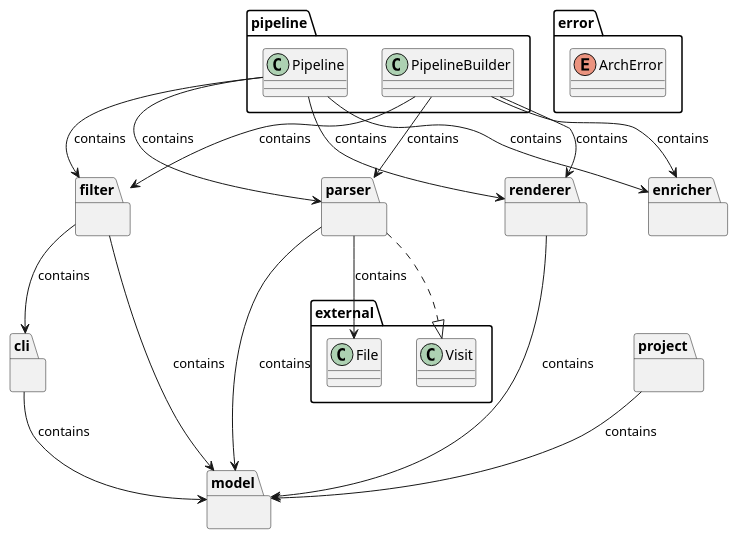
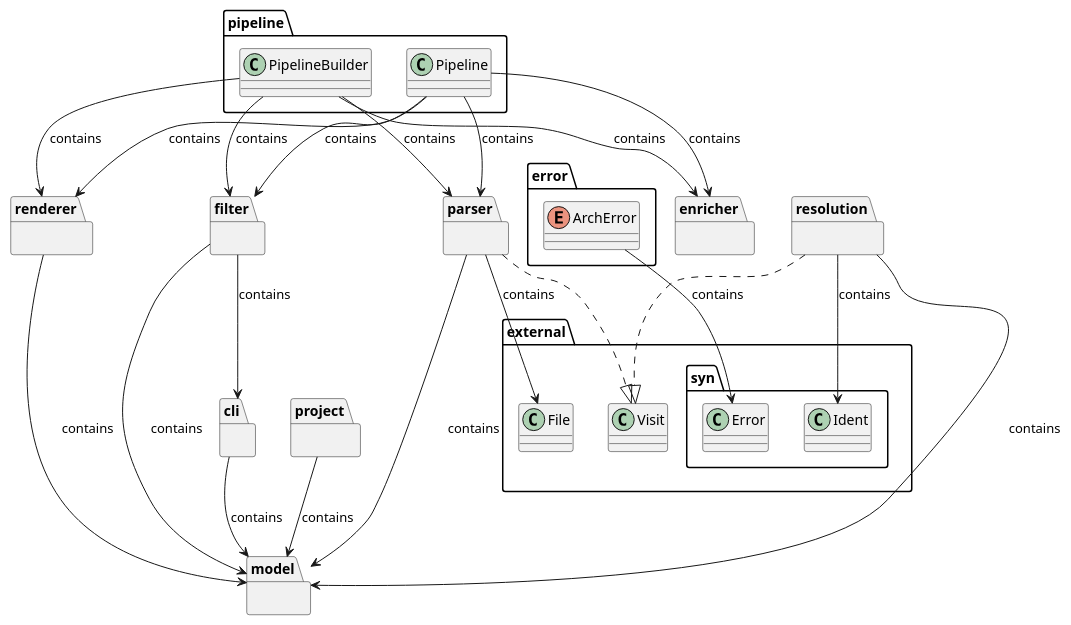
The diagram in docs/diagrams/overview.puml (ch-r-k/archviz), drawn with PlantUML before and after one commit. The commit also changed 13 other files, not shown here.

```diff
--- a/docs/diagrams/overview.puml
+++ b/docs/diagrams/overview.puml
@@ -1,56 +1,68 @@
 @startuml
 
 package cli {
 }
 
 package enricher {
 }
 
 package filter {
 }
 
 package model {
 }
 
 package parser {
 }
 
 package project {
 }
 
 package renderer {
 }
 
+package resolution {
+}
+
 package "error" {
 enum "ArchError" as error__ArchError
 }
 
 package "external" {
+class Visit
 class File
-class Visit
+package "syn" {
+class "Ident" as syn__Ident
+class "Error" as syn__Error
+}
+
 }
 
 package "pipeline" {
 class "Pipeline" as pipeline__Pipeline
 class "PipelineBuilder" as pipeline__PipelineBuilder
 }
 
 
 pipeline__Pipeline --> parser : contains
 pipeline__Pipeline --> enricher : contains
 pipeline__Pipeline --> filter : contains
 pipeline__Pipeline --> renderer : contains
 pipeline__PipelineBuilder --> parser : contains
 pipeline__PipelineBuilder --> enricher : contains
 pipeline__PipelineBuilder --> filter : contains
 pipeline__PipelineBuilder --> renderer : contains
 cli --> model : contains
+resolution --> model : contains
+resolution ..|> Visit
+resolution --> syn__Ident : contains
 renderer --> model : contains
 filter --> cli : contains
 filter --> model : contains
 parser --> model : contains
 parser --> File : contains
 parser ..|> Visit
 project --> model : contains
+error__ArchError --> syn__Error : contains
 
 @enduml
```
